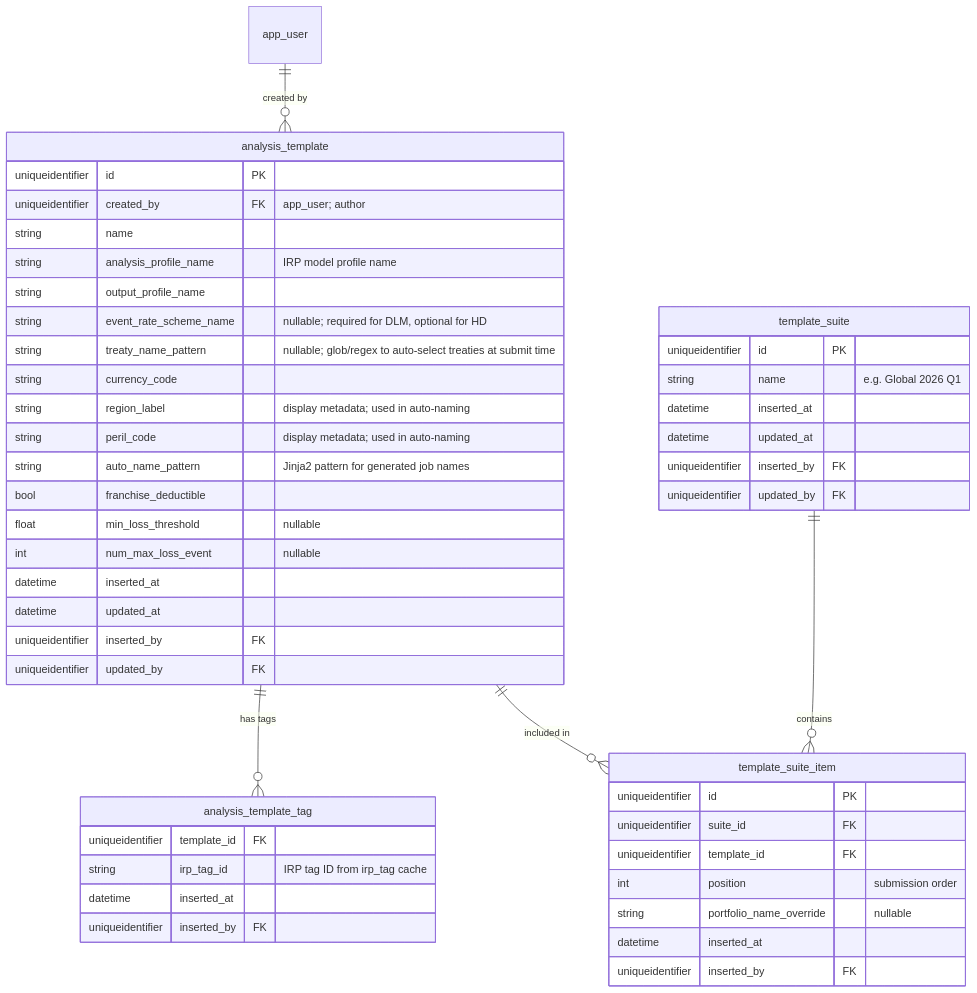
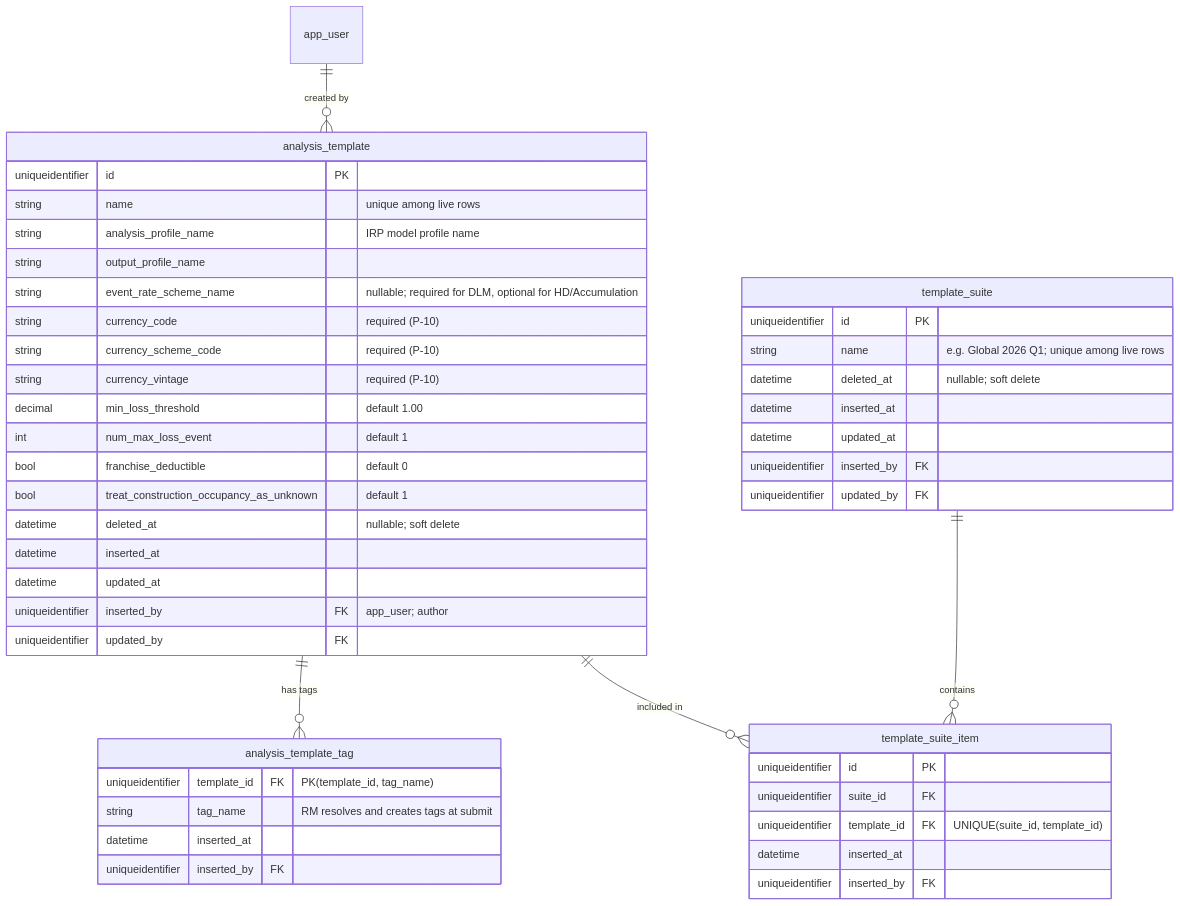
One commit to anilvenugopal/risk-workbench changed the fifth of 9 diagrams in docs/DATA_MODEL.md. Above: the diagram before and after it, drawn with Mermaid. The commit also changed other lines of this file and 13 other files, not shown here.

````diff
--- a/docs/DATA_MODEL.md
+++ b/docs/DATA_MODEL.md
@@ -308,51 +308,49 @@
 ```mermaid
 erDiagram
   app_user ||--o{ analysis_template : "created by"
   analysis_template ||--o{ analysis_template_tag : "has tags"
   template_suite ||--o{ template_suite_item : contains
   analysis_template ||--o{ template_suite_item : "included in"
 
   analysis_template {
     uniqueidentifier id PK
-    uniqueidentifier created_by FK "app_user; author"
-    string name
+    string name "unique among live rows"
     string analysis_profile_name "IRP model profile name"
     string output_profile_name
-    string event_rate_scheme_name "nullable; required for DLM, optional for HD"
-    string treaty_name_pattern "nullable; glob/regex to auto-select treaties at submit time"
-    string currency_code
-    string region_label "display metadata; used in auto-naming"
-    string peril_code "display metadata; used in auto-naming"
-    string auto_name_pattern "Jinja2 pattern for generated job names"
-    bool franchise_deductible
-    float min_loss_threshold "nullable"
-    int num_max_loss_event "nullable"
+    string event_rate_scheme_name "nullable; required for DLM, optional for HD/Accumulation"
+    string currency_code "required (P-10)"
+    string currency_scheme_code "required (P-10)"
+    string currency_vintage "required (P-10)"
+    decimal min_loss_threshold "default 1.00"
+    int num_max_loss_event "default 1"
+    bool franchise_deductible "default 0"
+    bool treat_construction_occupancy_as_unknown "default 1"
+    datetime deleted_at "nullable; soft delete"
     datetime inserted_at
     datetime updated_at
-    uniqueidentifier inserted_by FK
+    uniqueidentifier inserted_by FK "app_user; author"
     uniqueidentifier updated_by FK
   }
   analysis_template_tag {
-    uniqueidentifier template_id FK
-    string irp_tag_id "IRP tag ID from irp_tag cache"
+    uniqueidentifier template_id FK "PK(template_id, tag_name)"
+    string tag_name "RM resolves and creates tags at submit"
     datetime inserted_at
     uniqueidentifier inserted_by FK
   }
   template_suite {
     uniqueidentifier id PK
-    string name "e.g. Global 2026 Q1"
+    string name "e.g. Global 2026 Q1; unique among live rows"
+    datetime deleted_at "nullable; soft delete"
     datetime inserted_at
     datetime updated_at
     uniqueidentifier inserted_by FK
     uniqueidentifier updated_by FK
   }
   template_suite_item {
     uniqueidentifier id PK
     uniqueidentifier suite_id FK
-    uniqueidentifier template_id FK
-    int position "submission order"
-    string portfolio_name_override "nullable"
+    uniqueidentifier template_id FK "UNIQUE(suite_id, template_id)"
     datetime inserted_at
     uniqueidentifier inserted_by FK
   }
 ```
````
